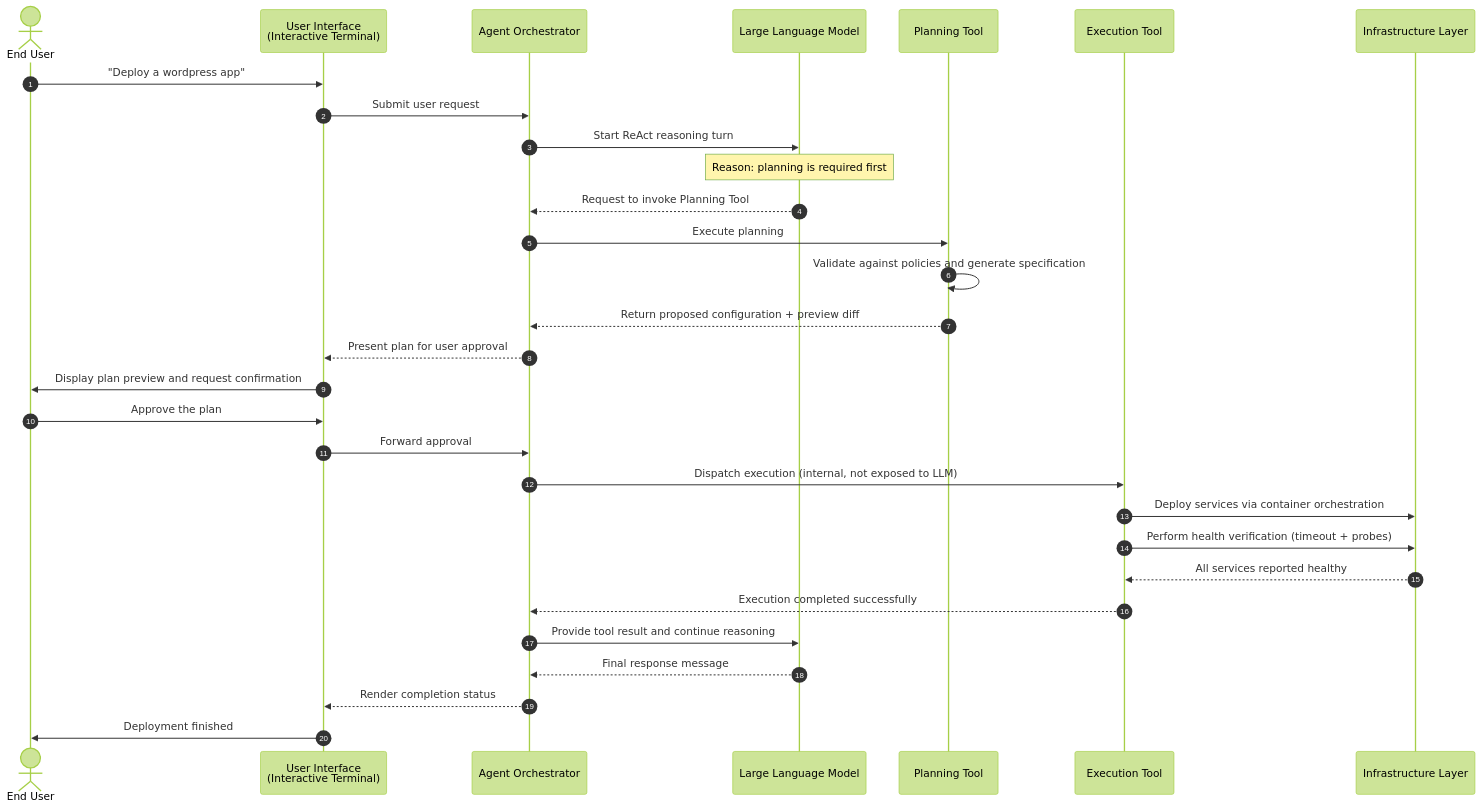
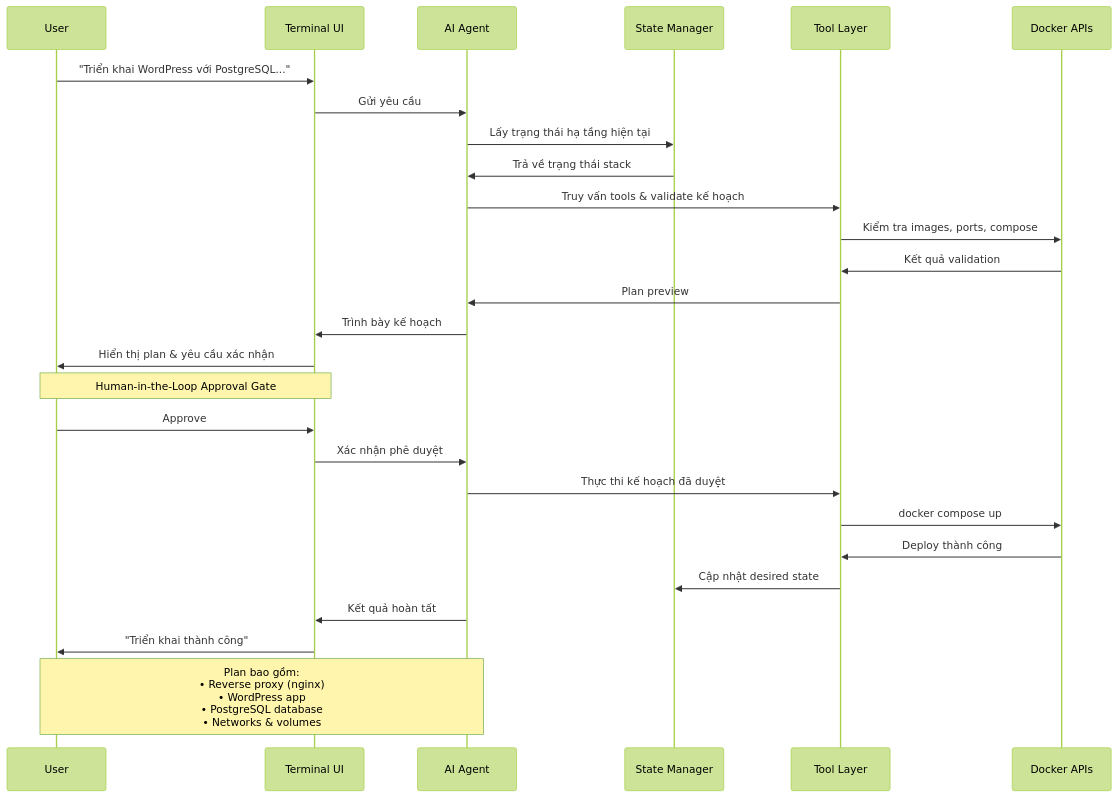
The second of 4 diagrams in architecture.md (NeoCyber05/Docker-Agent-CLI), drawn with Mermaid (forest theme) before and after one commit. The commit also changed other lines of this file and 7 other files, not shown here.

````diff
--- a/architecture.md
+++ b/architecture.md
@@ -126,33 +139,33 @@
 ```mermaid
 sequenceDiagram
-    autonumber
-    actor User as End User
-    participant UI as User Interface<br/>(Interactive Terminal)
-    participant Coordinator as Agent Orchestrator
-    participant LLM as Large Language Model
-    participant Planner as Planning Tool
-    participant Executor as Execution Tool
-    participant Infra as Infrastructure Layer
-    
-    User->>UI: "Deploy a wordpress app"
-    UI->>Coordinator: Submit user request
-    Coordinator->>LLM: Start ReAct reasoning turn
-    Note over LLM: Reason: planning is required first
-    LLM-->>Coordinator: Request to invoke Planning Tool
-    Coordinator->>Planner: Execute planning
-    Planner->>Planner: Validate against policies and generate specification
-    Planner-->>Coordinator: Return proposed configuration + preview diff
-    Coordinator-->>UI: Present plan for user approval
-    UI->>User: Display plan preview and request confirmation
-    User->>UI: Approve the plan
-    UI->>Coordinator: Forward approval
-    Coordinator->>Executor: Dispatch execution (internal, not exposed to LLM)
-    Executor->>Infra: Deploy services via container orchestration
-    Executor->>Infra: Perform health verification (timeout + probes)
-    Infra-->>Executor: All services reported healthy
-    Executor-->>Coordinator: Execution completed successfully
-    Coordinator->>LLM: Provide tool result and continue reasoning
-    LLM-->>Coordinator: Final response message
-    Coordinator-->>UI: Render completion status
-    UI->>User: Deployment finished
+    participant U as User
+    participant UI as Terminal UI
+    participant A as AI Agent
+    participant S as State Manager
+    participant T as Tool Layer
+    participant D as Docker APIs
+
+    U->>UI: "Triển khai WordPress với PostgreSQL..."
+    UI->>A: Gửi yêu cầu
+    A->>S: Lấy trạng thái hạ tầng hiện tại
+    S->>A: Trả về trạng thái stack
+    A->>T: Truy vấn tools & validate kế hoạch
+    T->>D: Kiểm tra images, ports, compose
+    D->>T: Kết quả validation
+    T->>A: Plan preview
+    A->>UI: Trình bày kế hoạch
+    UI->>U: Hiển thị plan & yêu cầu xác nhận
+
+    Note over UI,U: Human-in-the-Loop Approval Gate
+
+    U->>UI: Approve
+    UI->>A: Xác nhận phê duyệt
+    A->>T: Thực thi kế hoạch đã duyệt
+    T->>D: docker compose up
+    D->>T: Deploy thành công
+    T->>S: Cập nhật desired state
+    A->>UI: Kết quả hoàn tất
+    UI->>U: "Triển khai thành công"
+
+    Note over A,U: Plan bao gồm:<br/>• Reverse proxy (nginx)<br/>• WordPress app<br/>• PostgreSQL database<br/>• Networks & volumes
 ```
````
